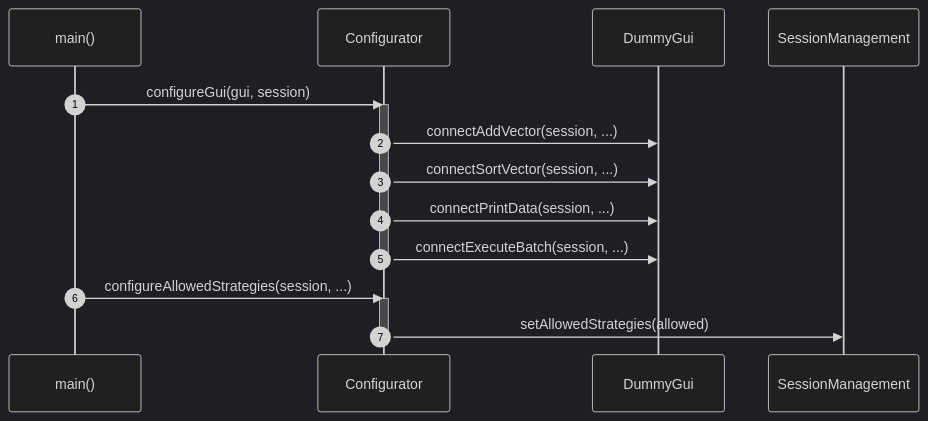
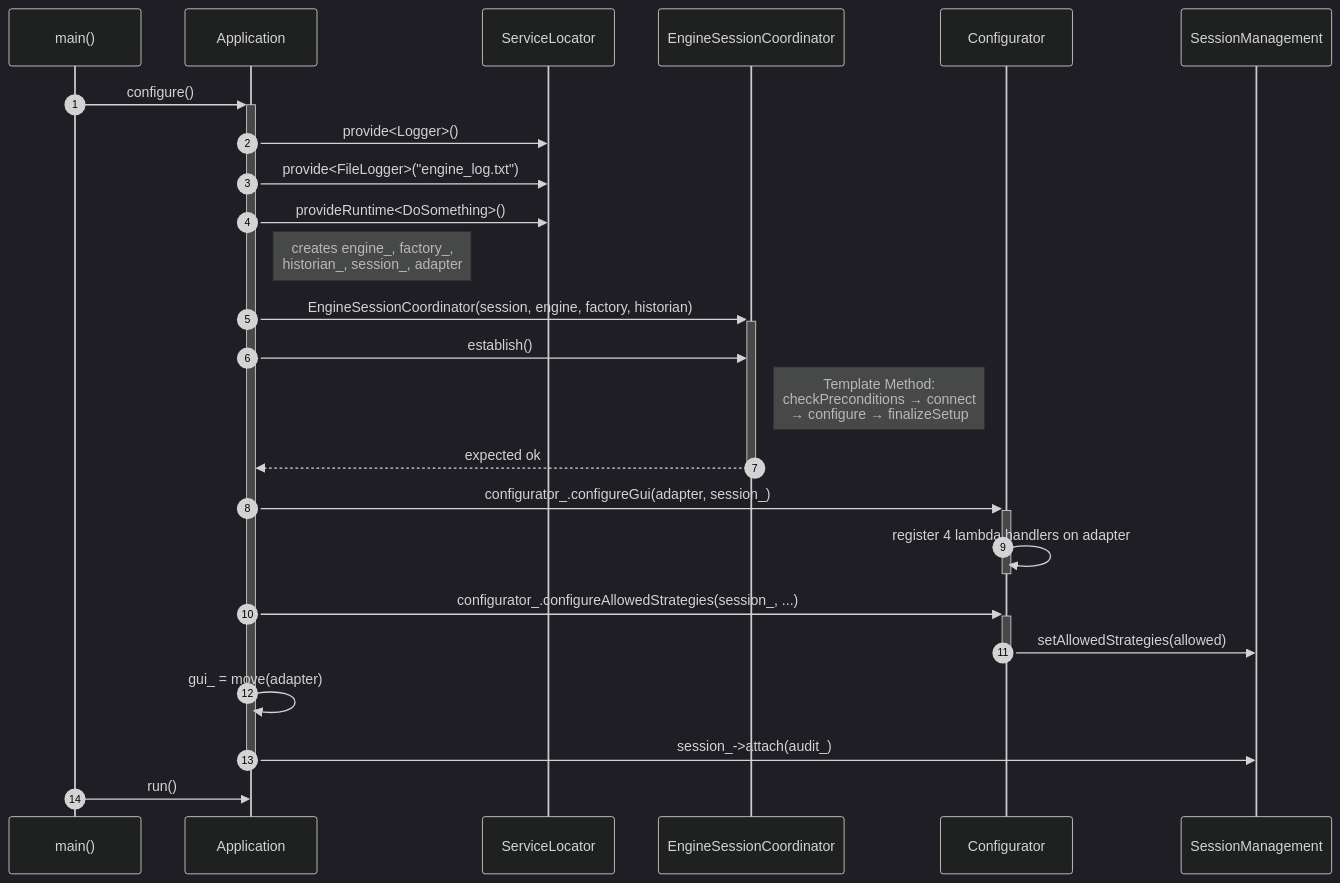
Before and after one commit to RyszardHalapacz/cpp-design-patterns-examples: the first of 6 diagrams in docs/en/_diagram/sequence_diagrams.md, drawn with Mermaid (dark theme). The commit also changed other lines of this file and 3 other files, not shown here.

First line of the commit message:
docs: rewrite class and sequence diagrams to reflect current architecture

````diff
--- a/docs/en/_diagram/sequence_diagrams.md
+++ b/docs/en/_diagram/sequence_diagrams.md
@@ -20,20 +22,30 @@
 ```mermaid
 sequenceDiagram
     autonumber
     participant Main as main()
+    participant App as Application
+    participant SL as ServiceLocator
+    participant Coord as EngineSessionCoordinator
     participant Cfg as Configurator
-    participant Gui as DummyGui
     participant Session as SessionManagement
 
-    Main->>Cfg: configureGui(gui, session)
-    activate Cfg
-    Cfg->>Gui: connectAddVector(session, ...)
-    Cfg->>Gui: connectSortVector(session, ...)
-    Cfg->>Gui: connectPrintData(session, ...)
-    Cfg->>Gui: connectExecuteBatch(session, ...)
+    Main->>+App: configure()
+    App->>SL: provide<Logger>()
+    App->>SL: provide<FileLogger>("engine_log.txt")
+    App->>SL: provideRuntime<DoSomething>()
+    Note right of App: creates engine_, factory_,<br/>historian_, session_, adapter
+    App->>+Coord: EngineSessionCoordinator(session, engine, factory, historian)
+    App->>Coord: establish()
+    Note right of Coord: Template Method:<br/>checkPreconditions → connect<br/>→ configure → finalizeSetup
+    Coord-->>-App: expected ok
+    App->>+Cfg: configurator_.configureGui(adapter, session_)
+    Cfg->>Cfg: register 4 lambda handlers on adapter
     deactivate Cfg
-    Main->>Cfg: configureAllowedStrategies(session, ...)
-    activate Cfg
+    App->>+Cfg: configurator_.configureAllowedStrategies(session_, ...)
     Cfg->>Session: setAllowedStrategies(allowed)
     deactivate Cfg
+    App->>App: gui_ = move(adapter)
+    App->>Session: session_->attach(audit_)
+    deactivate App
+    Main->>App: run()
 ```
````
